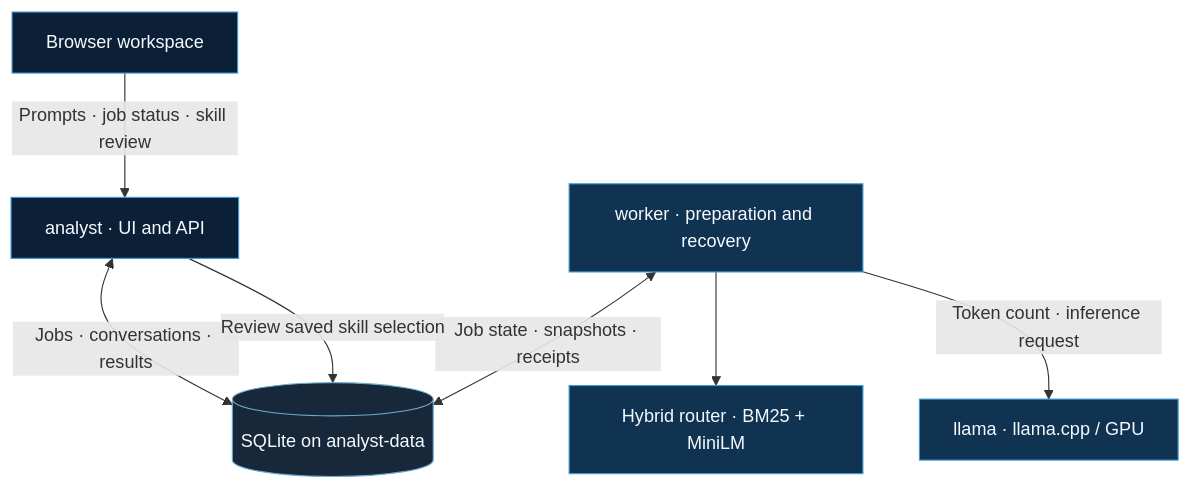
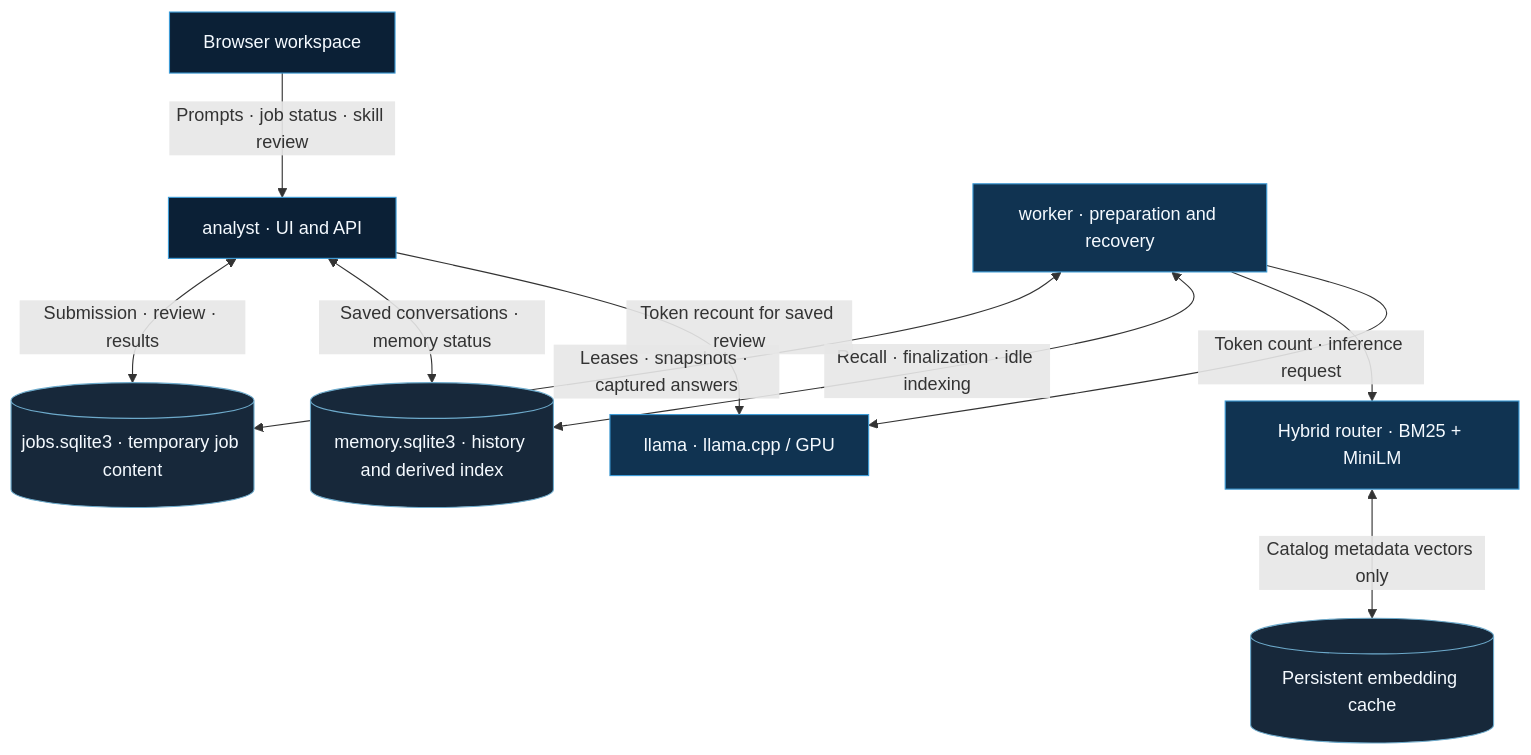
The diagram in README.md (Cyn-Z/corveus), drawn with Mermaid before and after one commit. The commit also changed other lines of this file and 50 other files, not shown here.

````diff
--- a/README.md
+++ b/README.md
@@ -95,16 +126,19 @@
 ```mermaid
 flowchart TB
     Browser["Browser workspace"] -->|"Prompts · job status · skill review"| API["analyst · UI and API"]
-    API <-->|"Jobs · conversations · results"| DB[("SQLite on analyst-data")]
-    Worker["worker · preparation and recovery"] <-->|"Job state · snapshots · receipts"| DB
+    API <-->|"Submission · review · results"| Jobs[("jobs.sqlite3 · temporary job content")]
+    API <-->|"Saved conversations · memory status"| Memory[("memory.sqlite3 · history and derived index")]
+    Worker["worker · preparation and recovery"] <-->|"Leases · snapshots · captured answers"| Jobs
+    Worker <-->|"Recall · finalization · idle indexing"| Memory
     Worker --> Router["Hybrid router · BM25 + MiniLM"]
+    Router <-->|"Catalog metadata vectors only"| Cache[("Persistent embedding cache")]
     Worker -->|"Token count · inference request"| Llama["llama · llama.cpp / GPU"]
-    API -->|"Review saved skill selection"| DB
+    API -->|"Token recount for saved review"| Llama
 
     classDef interface fill:#0B2036,stroke:#3D9BD6,color:#F5FAFF;
     classDef service fill:#103351,stroke:#3D9BD6,color:#F5FAFF;
     classDef storage fill:#17283A,stroke:#6DAACB,color:#F5FAFF;
     class Browser,API interface;
     class Worker,Router,Llama service;
-    class DB storage;
+    class Jobs,Memory,Cache storage;
 ```
````
